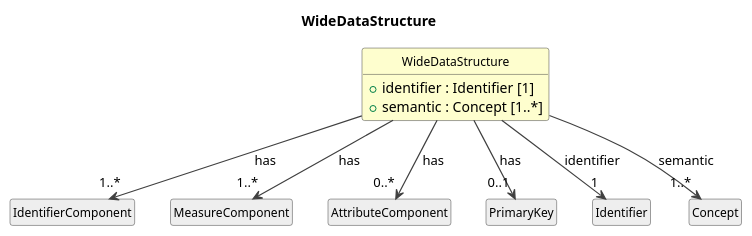
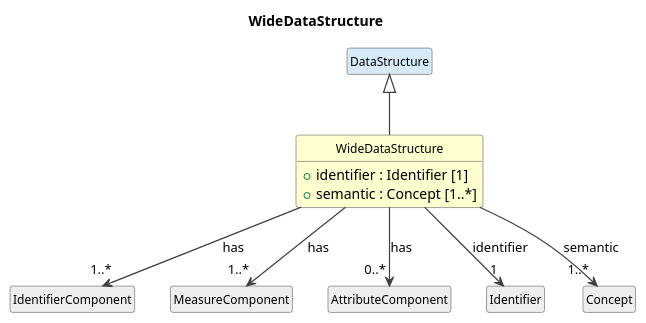
The diagram in cdif-uml-model/_plantuml/cdifDataStructure/Classes/WideDataStructure.pu (Cross-Domain-Interoperability-Framework/metadataBuildingBlocks), drawn with PlantUML before and after one commit. The commit also changed 78 other files, not shown here.

First line of the commit message:
Regenerate model browser: DataStructure hierarchy + toggle/sticky/clip UI fixes

```diff
--- a/cdif-uml-model/_plantuml/cdifDataStructure/Classes/WideDataStructure.pu
+++ b/cdif-uml-model/_plantuml/cdifDataStructure/Classes/WideDataStructure.pu
@@ -1,30 +1,30 @@
 @startuml
 title WideDataStructure
 hide circle
 hide empty members
 skinparam shadowing false
 skinparam ArrowThickness 1.2
 skinparam class {
   ArrowColor #404040
   BorderColor #404040
   FontSize 12
 }
 
 class "WideDataStructure" as WideDataStructure #FEFECE {
   +identifier : Identifier [1]
   +semantic : Concept [1..*]
 }
+class "DataStructure" as DataStructure #D6EAF8
+DataStructure <|-- WideDataStructure
 class "IdentifierComponent" as IdentifierComponent #EEEEEE
 WideDataStructure --> "1..*" IdentifierComponent : has
 class "MeasureComponent" as MeasureComponent #EEEEEE
 WideDataStructure --> "1..*" MeasureComponent : has
 class "AttributeComponent" as AttributeComponent #EEEEEE
 WideDataStructure --> "0..*" AttributeComponent : has
-class "PrimaryKey" as PrimaryKey #EEEEEE
-WideDataStructure --> "0..1" PrimaryKey : has
 class "Identifier" as Identifier #EEEEEE
 WideDataStructure --> "1" Identifier : identifier
 class "Concept" as Concept #EEEEEE
 WideDataStructure --> "1..*" Concept : semantic
 
 @enduml
```
